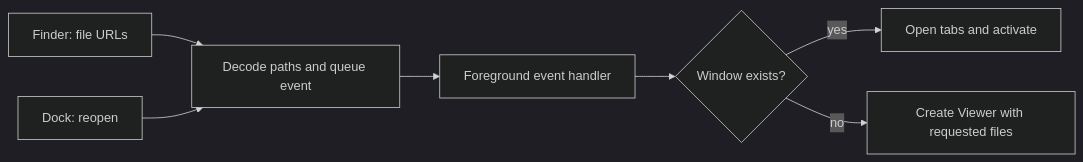
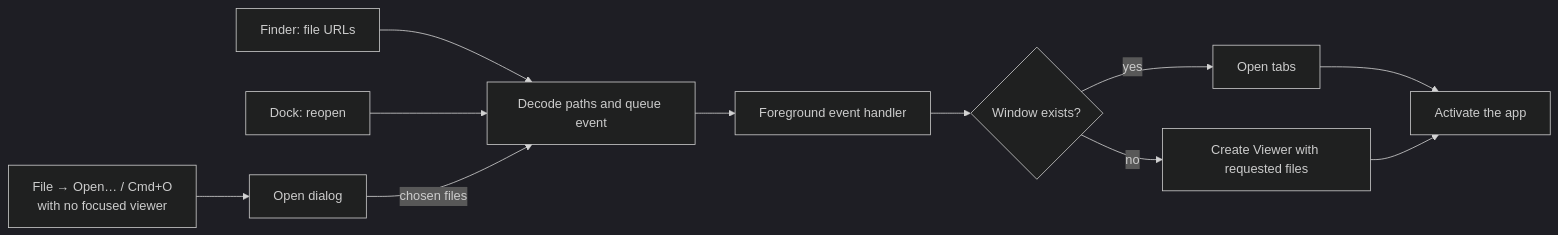
Before and after one commit to JorgeAgar/markdown-viewer-zed: the sixth of 6 diagrams in docs/architecture.md, drawn with Mermaid (dark theme). The commit also changed other lines of this file and 8 other files, not shown here.

````diff
--- a/docs/architecture.md
+++ b/docs/architecture.md
@@ -388,9 +401,13 @@
 ```mermaid
 flowchart LR
     finder["Finder: file URLs"] --> events["Decode paths and queue event"]
     dock["Dock: reopen"] --> events
+    menu["File → Open… / Cmd+O<br/>with no focused viewer"] --> dialog["Open dialog"]
+    dialog -->|chosen files| events
     events --> foreground["Foreground event handler"]
     foreground --> exists{"Window exists?"}
-    exists -->|yes| reuse["Open tabs and activate"]
+    exists -->|yes| reuse["Open tabs"]
     exists -->|no| recreate["Create Viewer with requested files"]
+    reuse --> activate["Activate the app"]
+    recreate --> activate
 ```
````
